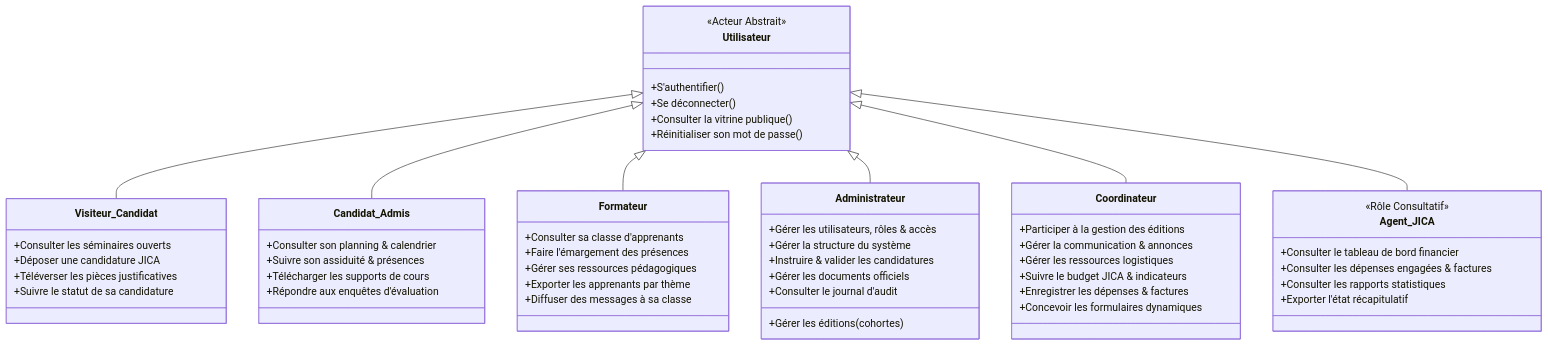
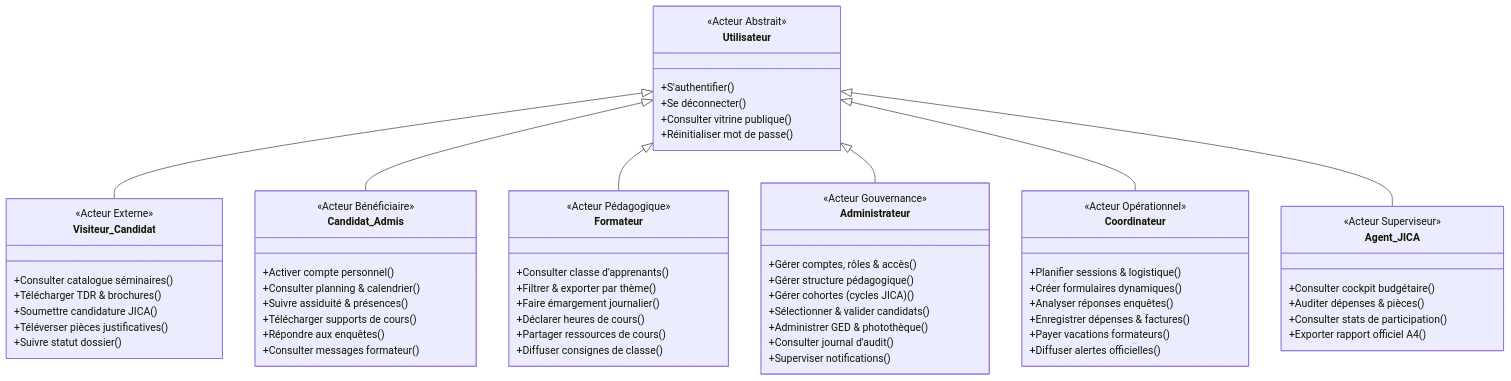
One commit to amzeekamara/cfpt-manager changed the first of 9 diagrams in docs/DIAGRAMME_CAS_UTILISATION.md. Above: the diagram before and after it, drawn with Mermaid. The commit also changed other lines of this file and 2 other files, not shown here.

Commit message:
docs: complete actor-based use case diagrams with detailed academic descriptions matching class diagram format

````diff
--- a/docs/DIAGRAMME_CAS_UTILISATION.md
+++ b/docs/DIAGRAMME_CAS_UTILISATION.md
@@ -13,65 +54,76 @@
 ```mermaid
 classDiagram
+    direction TB
     class Utilisateur {
         <<Acteur Abstrait>>
         +S'authentifier()
         +Se déconnecter()
-        +Consulter la vitrine publique()
-        +Réinitialiser son mot de passe()
+        +Consulter vitrine publique()
+        +Réinitialiser mot de passe()
     }
 
     class Visiteur_Candidat {
-        +Consulter les séminaires ouverts
-        +Déposer une candidature JICA
-        +Téléverser les pièces justificatives
-        +Suivre le statut de sa candidature
+        <<Acteur Externe>>
+        +Consulter catalogue séminaires()
+        +Télécharger TDR & brochures()
+        +Soumettre candidature JICA()
+        +Téléverser pièces justificatives()
+        +Suivre statut dossier()
     }
 
     class Candidat_Admis {
-        +Consulter son planning & calendrier
-        +Suivre son assiduité & présences
-        +Télécharger les supports de cours
-        +Répondre aux enquêtes d'évaluation
+        <<Acteur Bénéficiaire>>
+        +Activer compte personnel()
+        +Consulter planning & calendrier()
+        +Suivre assiduité & présences()
+        +Télécharger supports de cours()
+        +Répondre aux enquêtes()
+        +Consulter messages formateur()
     }
 
     class Formateur {
-        +Consulter sa classe d'apprenants
-        +Faire l'émargement des présences
-        +Gérer ses ressources pédagogiques
-        +Exporter les apprenants par thème
-        +Diffuser des messages à sa classe
+        <<Acteur Pédagogique>>
+        +Consulter classe d'apprenants()
+        +Filtrer & exporter par thème()
+        +Faire émargement journalier()
+        +Déclarer heures de cours()
+        +Partager ressources de cours()
+        +Diffuser consignes de classe()
     }
 
     class Administrateur {
-        +Gérer les utilisateurs, rôles & accès
-        +Gérer la structure du système
-        +Gérer les éditions (cohortes)
-        +Instruire & valider les candidatures
-        +Gérer les documents officiels
-        +Consulter le journal d'audit
+        <<Acteur Gouvernance>>
+        +Gérer comptes, rôles & accès()
+        +Gérer structure pédagogique()
+        +Gérer cohortes (cycles JICA)()
+        +Sélectionner & valider candidats()
+        +Administrer GED & photothèque()
+        +Consulter journal d'audit()
+        +Superviser notifications()
     }
 
     class Coordinateur {
-        +Participer à la gestion des éditions
-        +Gérer la communication & annonces
-        +Gérer les ressources logistiques
-        +Suivre le budget JICA & indicateurs
-        +Enregistrer les dépenses & factures
-        +Concevoir les formulaires dynamiques
+        <<Acteur Opérationnel>>
+        +Planifier sessions & logistique()
+        +Créer formulaires dynamiques()
+        +Analyser réponses enquêtes()
+        +Enregistrer dépenses & factures()
+        +Payer vacations formateurs()
+        +Diffuser alertes officielles()
     }
 
     class Agent_JICA {
-        <<Rôle Consultatif>>
-        +Consulter le tableau de bord financier
-        +Consulter les dépenses engagées & factures
-        +Consulter les rapports statistiques
-        +Exporter l'état récapitulatif
+        <<Acteur Superviseur>>
+        +Consulter cockpit budgétaire()
+        +Auditer dépenses & pièces()
+        +Consulter stats de participation()
+        +Exporter rapport officiel A4()
     }
 
     Utilisateur <|-- Visiteur_Candidat
     Utilisateur <|-- Candidat_Admis
     Utilisateur <|-- Formateur
     Utilisateur <|-- Administrateur
     Utilisateur <|-- Coordinateur
     Utilisateur <|-- Agent_JICA
 ```
````
